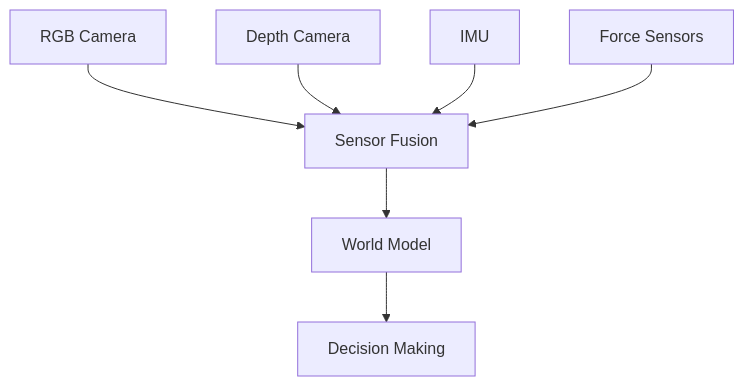
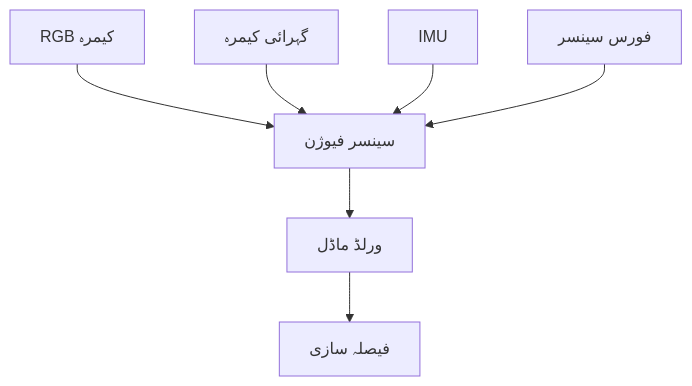
One commit to laraib28/hackathon1 changed the third of 4 diagrams in humanoid-robotics-book/i18n/ur/docusaurus-plugin-content-docs/current/part1-foundations/chapter-02-understanding-humanoid-robots.md. Above: the diagram before and after it, drawn with Mermaid. The commit also changed other lines of this file and 148 other files, not shown here.

````diff
--- a/humanoid-robotics-book/i18n/ur/docusaurus-plugin-content-docs/current/part1-foundations/chapter-02-understanding-humanoid-robots.md
+++ b/humanoid-robotics-book/i18n/ur/docusaurus-plugin-content-docs/current/part1-foundations/chapter-02-understanding-humanoid-robots.md
@@ -275,9 +275,9 @@
 ```mermaid
 graph TD
-    A[RGB Camera] --> E[Sensor Fusion]
-    B[Depth Camera] --> E
+    A[RGB کیمرہ] --> E[سینسر فیوژن]
+    B[گہرائی کیمرہ] --> E
     C[IMU] --> E
-    D[Force Sensors] --> E
-    E --> F[World Model]
-    F --> G[Decision Making]
+    D[فورس سینسر] --> E
+    E --> F[ورلڈ ماڈل]
+    F --> G[فیصلہ سازی]
 ```
````
